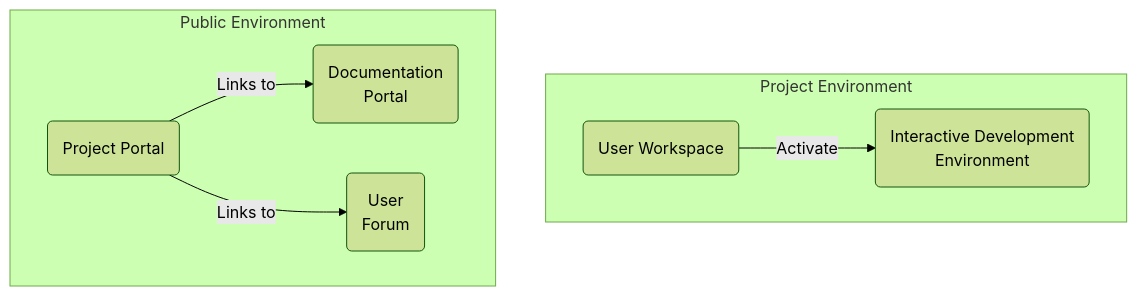
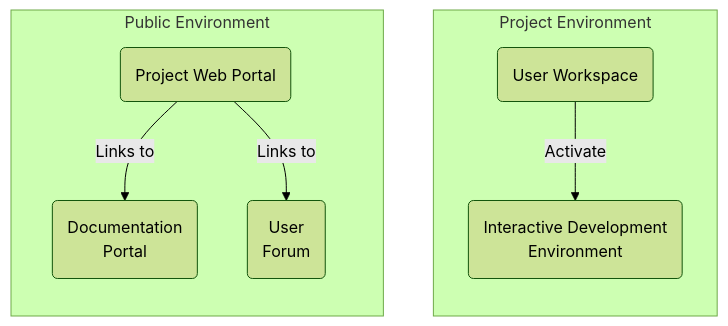
Before and after one commit to ESA-APEx/apex_documentation: the second of 5 diagrams in instantiation/usecases.qmd, drawn with Mermaid (forest theme). The commit also changed other lines of this file and 9 other files, not shown here.

````diff
--- a/instantiation/usecases.qmd
+++ b/instantiation/usecases.qmd
@@ -98,18 +99,20 @@
 ```{mermaid}
 %%| label: fig-tools-usecase2
 %%| fig-cap: "APEx Project Environments - User Support"
 flowchart TD ""
     subgraph Project Environment
+      direction TB
       UW(User Workspace) --> |Activate| IDE(Interactive Development<br/> Environment)
     end
     subgraph Public Environment
-      A(Project Portal) -->|Links to| C(Documentation<br/> Portal)
+      direction TB
+      A(Project Web Portal) -->|Links to| C(Documentation<br/> Portal)
       A -->|Links to| D(User<br/> Forum)
     end
 
     class UW,IDE,A,C,D apexService
     click A href "./project_portal.html" _blank
     click C href "./documentation.html" _blank
     click D href "./forum.html" _blank
     click IDE href "./app_jupyterlab.html" _blank
 ```
````
